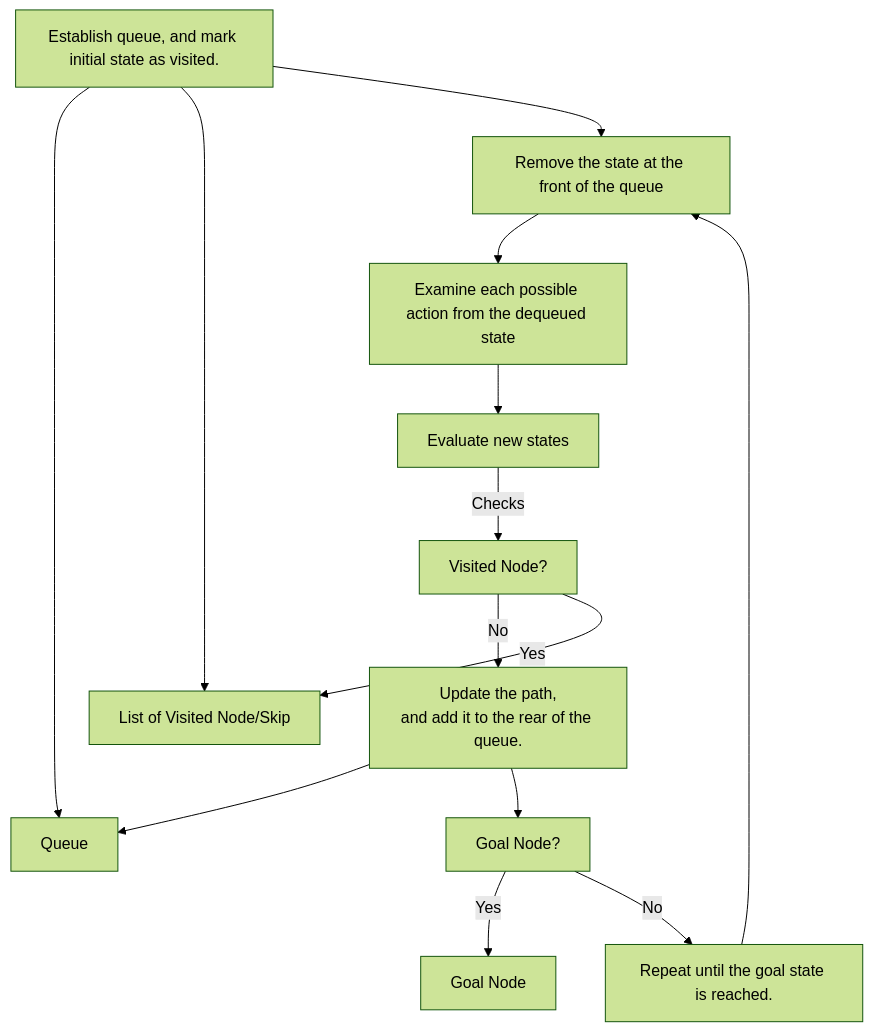
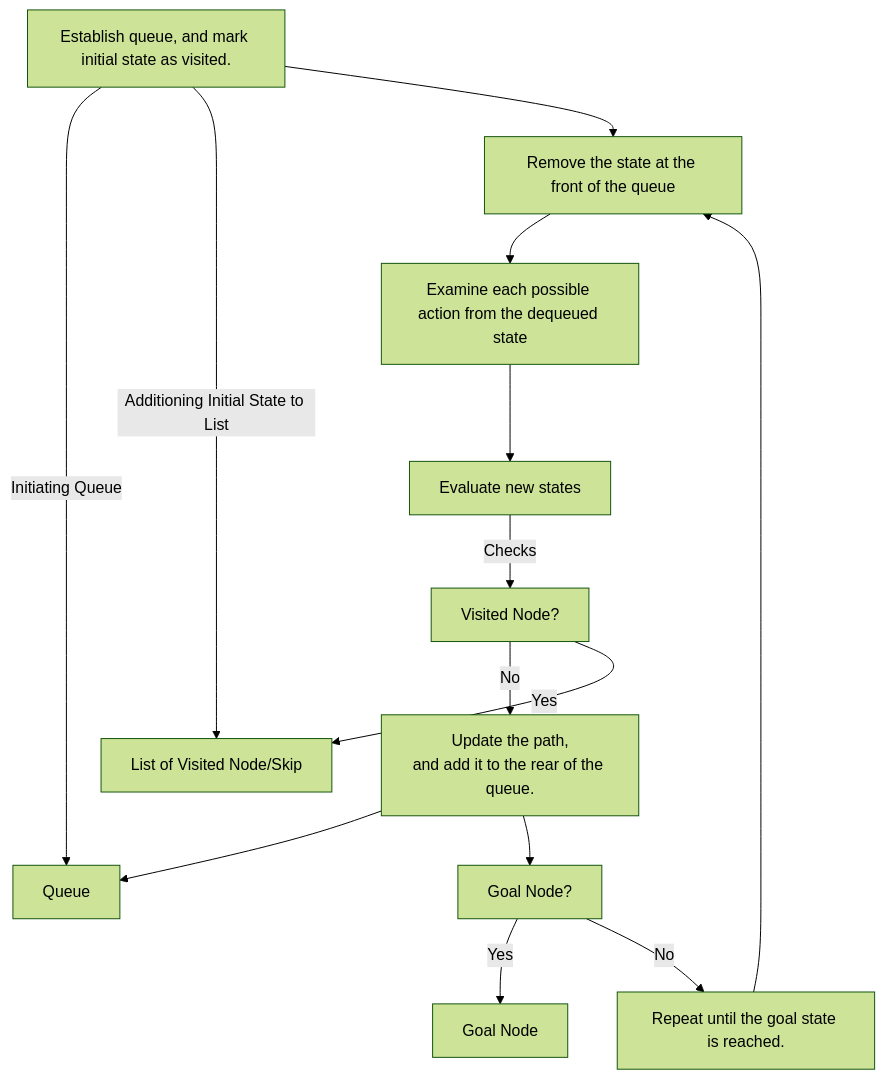
The third of 3 diagrams in README.md (NosrevytsNg/Taxi-v3-Search-Agent), drawn with Mermaid (forest theme) before and after one commit.

Commit message:
Update flowchart

````diff
--- a/README.md
+++ b/README.md
@@ -139,18 +139,18 @@
 ```mermaid
 flowchart TD
 
 A[Establish queue, and mark initial state as visited.]
-A --> W[Queue]
-A --> X[List of Visited Node/Skip]
+A --> |Initiating Queue| W[Queue]
+A --> |Additioning Initial State to List| X[List of Visited Node/Skip]
 A --> B[Remove the state at the front of the queue]
 B --> C[Examine each possible action from the dequeued state]
 C --> D[Evaluate new states]
 D --> |Checks| Y[Visited Node?]
 Y -->|No| E[Update the path,<br>and add it to the rear of the queue.]
 Y -->|Yes| X
 E --> W
 E --> Z[Goal Node?]
 Z --> |Yes| U[Goal Node]
 Z --> |No| F[Repeat until the goal state is reached.]
 F --> B
 ```
````
